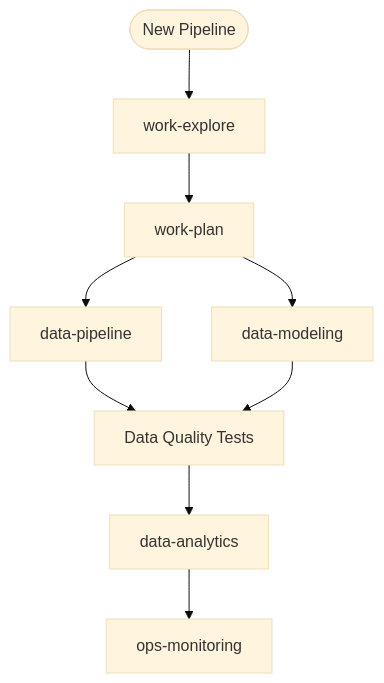
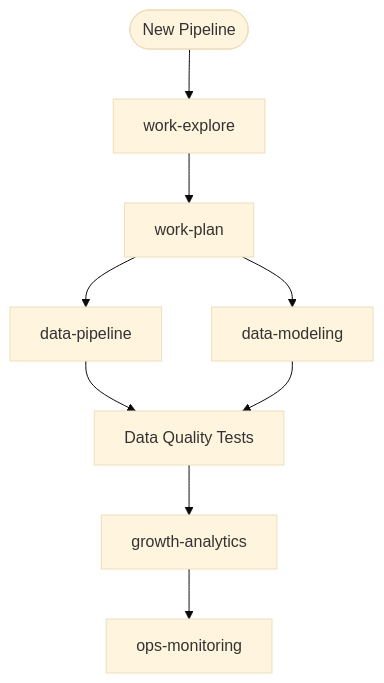
The eighth of 8 diagrams in docs/WORKFLOWS.md (christopherlouet/claude-base), drawn with Mermaid (base theme) before and after one commit. The commit also changed 91 other files, not shown here.

````diff
--- a/docs/WORKFLOWS.md
+++ b/docs/WORKFLOWS.md
@@ -544,11 +544,11 @@
 ```mermaid
 flowchart TD
     A([New Pipeline]) --> B[work-explore]
     B --> C[work-plan]
     C --> D[data-pipeline]
     C --> E[data-modeling]
     D --> F[Data Quality Tests]
     E --> F
-    F --> G[data-analytics]
+    F --> G[growth-analytics]
     G --> H[ops-monitoring]
 ```
````
